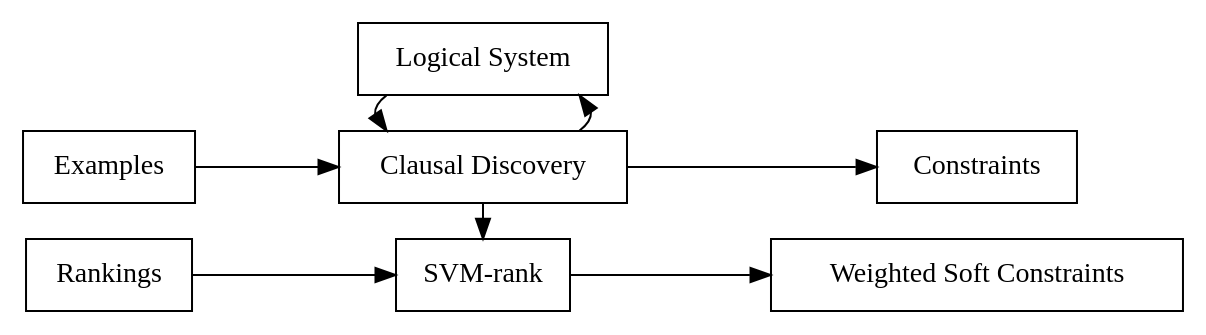
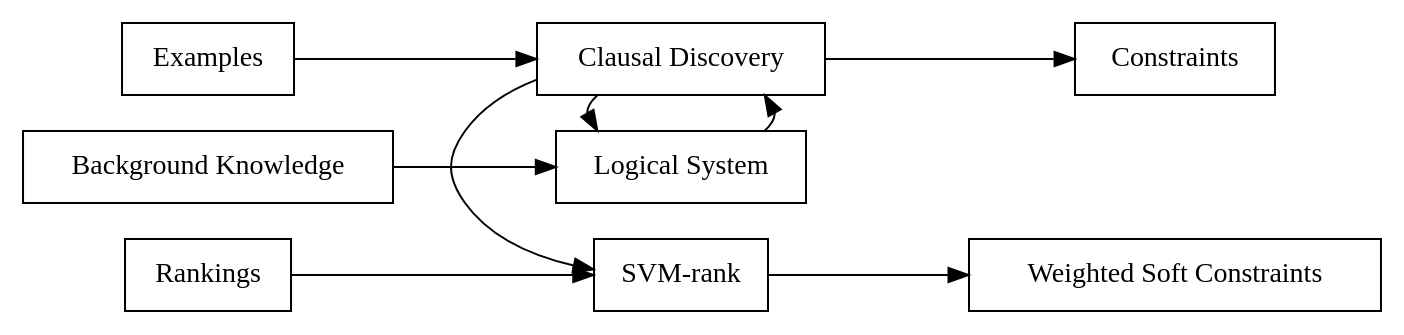
One commit to samuelkolb/thesis changed the diagram in Graphics/Graphs/ApproachOverview.gv. Above: the diagram before and after it, drawn with Graphviz. The commit also changed 2 other files, not shown here.

```diff
--- a/Graphics/Graphs/ApproachOverview.gv
+++ b/Graphics/Graphs/ApproachOverview.gv
@@ -1,24 +1,28 @@
 digraph workflow {
 
+	bg [label="Background Knowledge", shape="box"]
+	ls [label="Logical System", shape="box"]
+
 	ex [label="Examples", shape="box"]
+	cd [label="Clausal Discovery", shape="box"]
+	hc [label="Constraints", shape="box"]
+
 	pr [label="Rankings", shape="box"]
-	cd [label="Clausal Discovery", shape="box"]
-	ls [label="Logical System", shape="box"]
-	hc [label="Constraints", shape="box"]
 	sr [label="SVM-rank", shape="box"]
 	sc [label="Weighted Soft Constraints", shape="box"]
 
+	bg -> ls
+	cd -> hc
 	ex -> cd
 	pr -> sr
+	ls -> cd
 	cd -> ls
-	ls -> cd
-	cd -> hc
 	cd -> sr
 	sr -> sc
 
 	rankdir="LR"
 	ranksep = 1
-	{rank=same ex pr}
-	{rank=same ls cd sr}
+	{rank=same bg ex pr}
+	{rank=same ls cd sr} 
 	{rank=same hc sc}
 }
```
